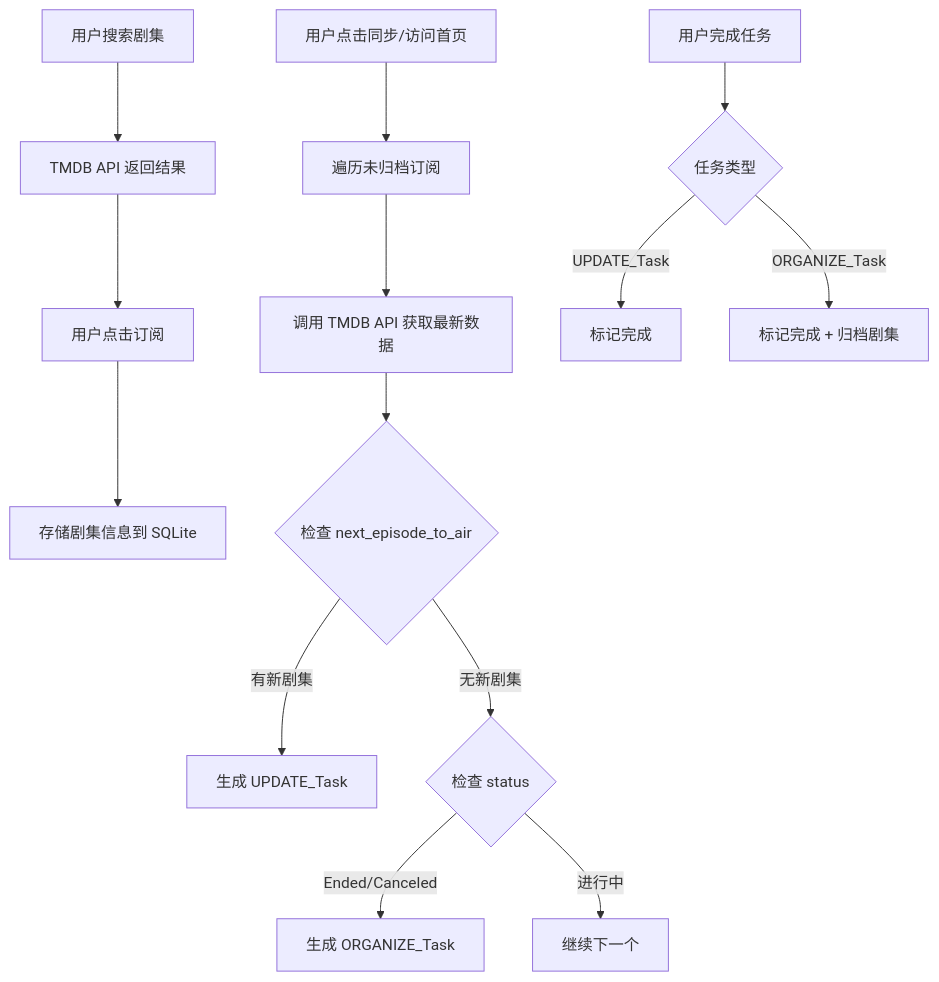
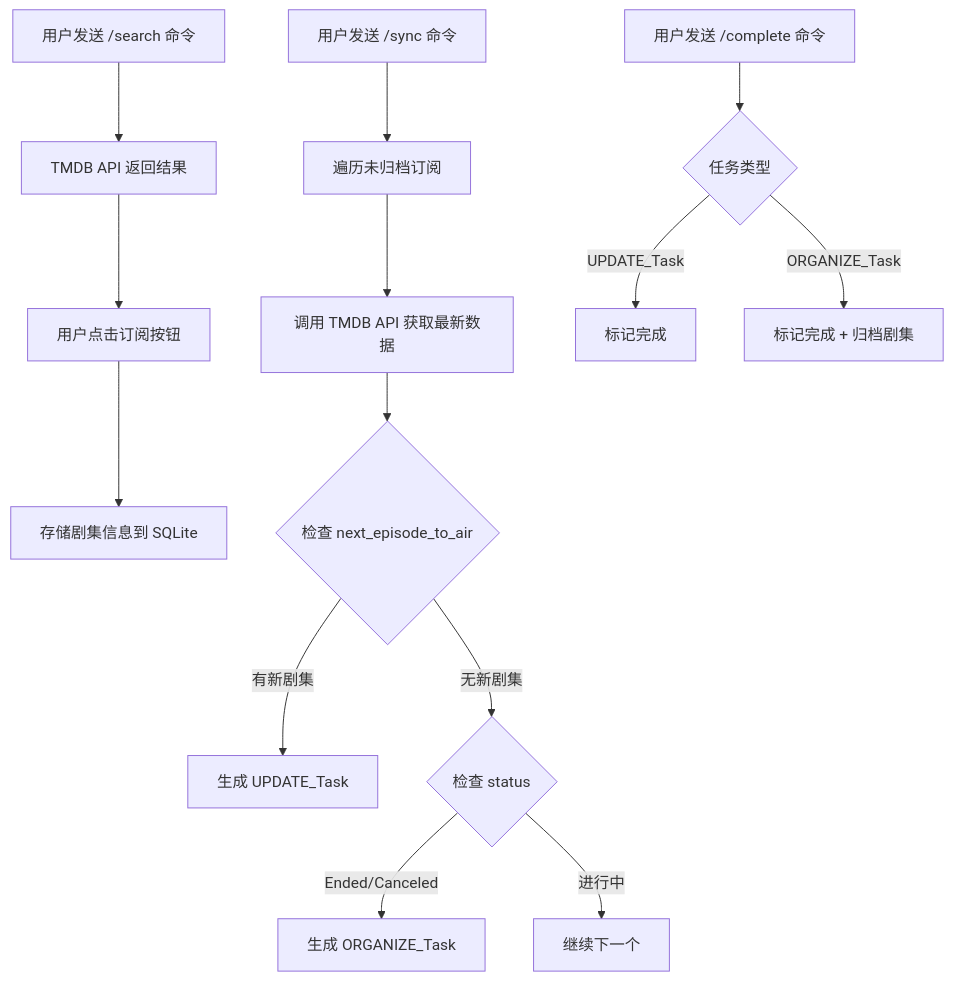
Before and after one commit to xc9973/tv-tracker: the first of 2 diagrams in .kiro/specs/tv-tracker/design.md, drawn with Mermaid. The commit also changed other lines of this file and 9 other files, not shown here.

````diff
--- a/.kiro/specs/tv-tracker/design.md
+++ b/.kiro/specs/tv-tracker/design.md
@@ -9,18 +9,18 @@
 ```mermaid
 flowchart TD
-    A[用户搜索剧集] --> B[TMDB API 返回结果]
-    B --> C[用户点击订阅]
+    A[用户发送 /search 命令] --> B[TMDB API 返回结果]
+    B --> C[用户点击订阅按钮]
     C --> D[存储剧集信息到 SQLite]
     
-    E[用户点击同步/访问首页] --> F[遍历未归档订阅]
+    E[用户发送 /sync 命令] --> F[遍历未归档订阅]
     F --> G[调用 TMDB API 获取最新数据]
     G --> H{检查 next_episode_to_air}
     H -->|有新剧集| I[生成 UPDATE_Task]
     H -->|无新剧集| J{检查 status}
     J -->|Ended/Canceled| K[生成 ORGANIZE_Task]
     J -->|进行中| L[继续下一个]
     
-    M[用户完成任务] --> N{任务类型}
+    M[用户发送 /complete 命令] --> N{任务类型}
     N -->|UPDATE_Task| O[标记完成]
     N -->|ORGANIZE_Task| P[标记完成 + 归档剧集]
 ```
````
